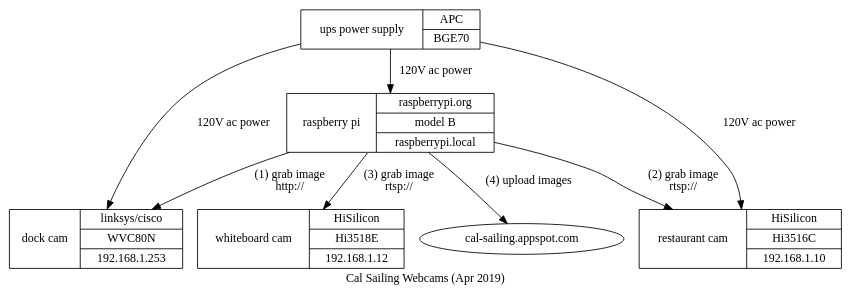
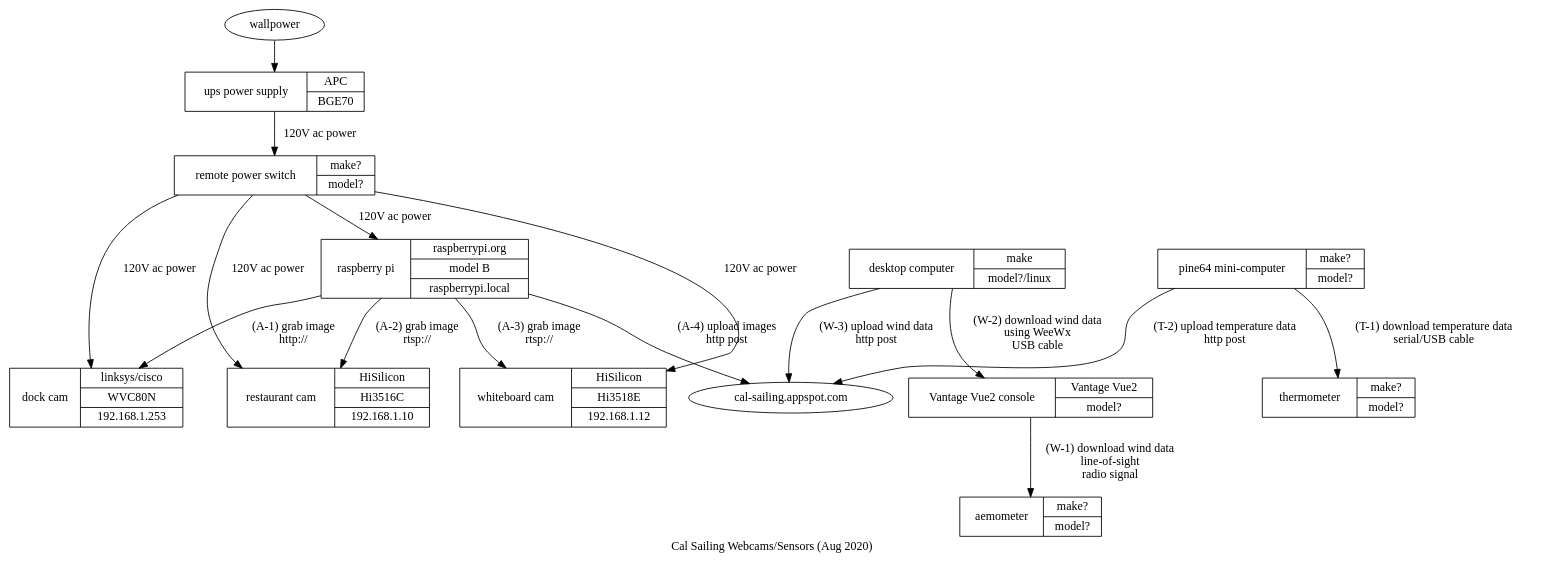
One commit to jhpoelen/cal-sailing-cam changed the diagram in cal-sailing-diagram.dot. Above: the diagram before and after it, drawn with Graphviz. The commit also changed 1 other file, not shown here.

Commit message:
update with sensors

```diff
--- a/cal-sailing-diagram.dot
+++ b/cal-sailing-diagram.dot
@@ -1,30 +1,66 @@
 digraph rendle {
     "dock" [
        label = "dock cam | { linksys/cisco | WVC80N | 192.168.1.253 }"
        shape = "record"
     ]
     "restaurant" [
         label = "restaurant cam | { HiSilicon  | Hi3516C | 192.168.1.10 }"
 	 shape = "record"
     ]
     "whiteboard" [
         label = "whiteboard cam | { HiSilicon  | Hi3518E | 192.168.1.12 }"
 	 shape = "record"
     ]
     "raspberry" [
         label = "raspberry pi | { raspberrypi.org | model B | raspberrypi.local }"
         shape = "record"
     ]
     "ups" [
         label = "ups power supply | { APC | BGE70 }"
         shape = "record"
     ]
-    "raspberry"->"dock"[label="(1) grab image\nhttp://"]
-    "raspberry"->"restaurant"[label="(2) grab image\nrtsp://"]
-    "raspberry"->"whiteboard"[label="(3) grab image\nrtsp://"]
-    "raspberry"->"cal-sailing.appspot.com"[label="(4) upload images"]
-    "ups"->"raspberry"[label="120V ac power"]
-    "ups"->"restaurant"[label="120V ac power"]
-    "ups"->"dock"[label="120V ac power"]
-    label="Cal Sailing Webcams (Apr 2019)"
+    "thermometer" [
+        label = "thermometer | { make? | model? }"
+        shape = "record"
+    ]
+    "powerswitch" [
+        label = "remote power switch | { make? | model? }"
+        shape = "record"
+    ]
+    "anemometer" [
+        label = "aemometer | { make? | model? }"
+        shape = "record"
+    ]
+    "weatherstation" [
+        label = "Vantage Vue2 console | { Vantage Vue2 | model? }"
+        shape = "record"
+    ]
+    "desktop" [
+        label = "desktop computer | { make | model?/linux }"
+        shape = "record"
+    ]
+    "pine64" [
+        label = "pine64 mini-computer | { make? | model? }"
+        shape = "record"
+    ]
+    "raspberry"->"dock"[label="(A-1) grab image\nhttp://"]
+    "raspberry"->"restaurant"[label="(A-2) grab image\nrtsp://"]
+    "raspberry"->"whiteboard"[label="(A-3) grab image\nrtsp://"]
+    "raspberry"->"cal-sailing.appspot.com"[label="(A-4) upload images\nhttp post"]
+    "wallpower" -> "ups"
+    
+    "ups"->"powerswitch"[label="120V ac power"]
+    "powerswitch"->"raspberry"[label="120V ac power"]
+    "powerswitch"->"dock"[label="120V ac power"]
+    "powerswitch"->"restaurant"[label="120V ac power"]
+    "powerswitch"->"whiteboard"[label="120V ac power"]
+
+    "weatherstation"->"anemometer"[label="(W-1) download wind data\nline-of-sight\nradio signal"]
+    "desktop"->"weatherstation"[label="(W-2) download wind data\nusing WeeWx\nUSB cable"]
+    "desktop"->"cal-sailing.appspot.com"[label="(W-3) upload wind data\nhttp post"]
+
+    "pine64"->"thermometer"[label="(T-1) download temperature data\nserial/USB cable"]
+    "pine64"->"cal-sailing.appspot.com"[label="(T-2) upload temperature data\nhttp post"]
+
+    label="Cal Sailing Webcams/Sensors (Aug 2020)"
 }
```
